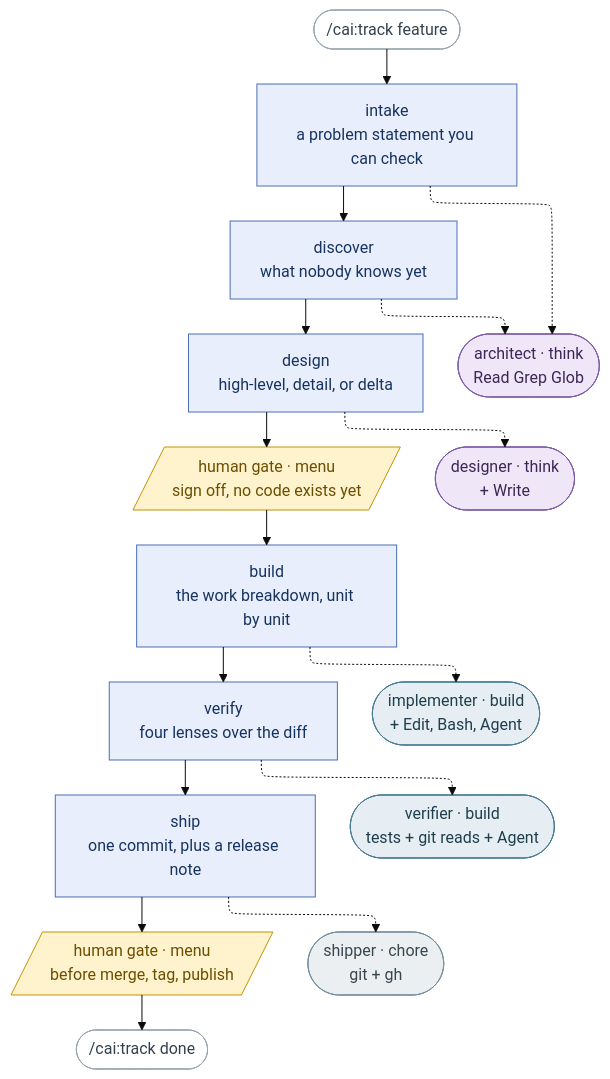
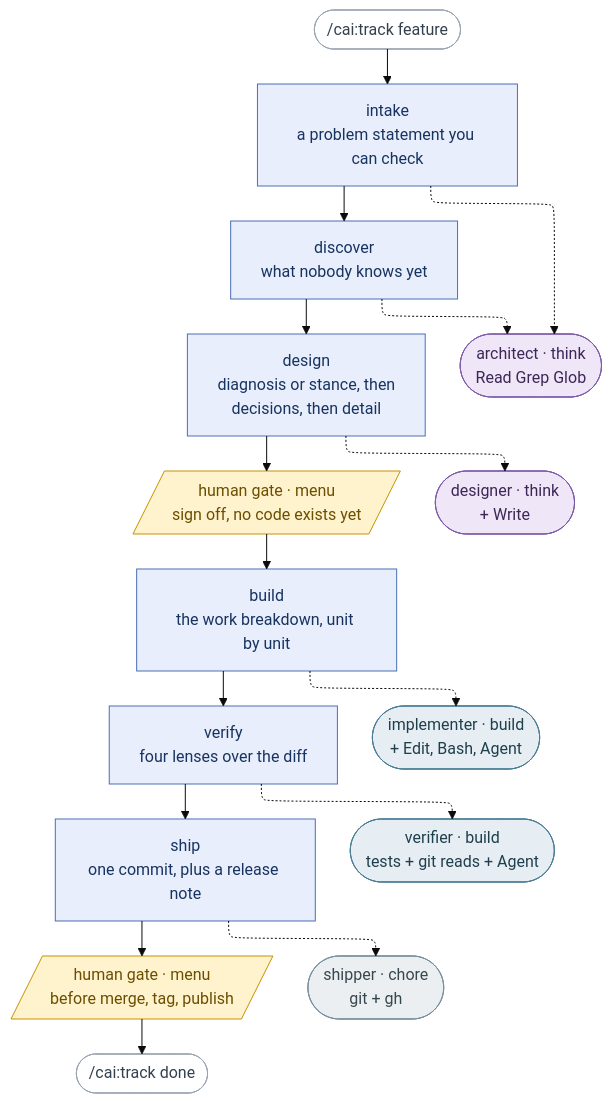
Before and after one commit to millerlai/claude-all-in-one: the diagram in README.md, drawn with Mermaid (base theme). The commit also changed other lines of this file and 17 other files, not shown here.

````diff
--- a/README.md
+++ b/README.md
@@ -60,45 +61,45 @@
 ```mermaid
 ---
 config:
   flowchart:
     defaultRenderer: "elk"
 ---
 flowchart TB
     START(["/cai:track feature"]) --> S1
 
     S1["intake<br/>a problem statement you can check"] --> S2
     S2["discover<br/>what nobody knows yet"] --> S3
-    S3["design<br/>high-level, detail, or delta"] --> HG1
+    S3["design<br/>diagnosis or stance, then<br/>decisions, then detail"] --> HG1
     HG1[/"human gate · menu<br/>sign off, no code exists yet"/] --> S4
     S4["build<br/>the work breakdown, unit by unit"] --> S5
     S5["verify<br/>four lenses over the diff"] --> S6
     S6["ship<br/>one commit, plus a release note"] --> HG2
     HG2[/"human gate · menu<br/>before merge, tag, publish"/] --> DONE(["/cai:track done"])
 
     S1 -.-> AR
     S2 -.-> AR
     S3 -.-> DE
     S4 -.-> IM
     S5 -.-> VE
     S6 -.-> SH
 
     AR(["architect · think<br/>Read Grep Glob"])
     DE(["designer · think<br/>+ Write"])
     IM(["implementer · build<br/>+ Edit, Bash, Agent"])
     VE(["verifier · build<br/>tests + git reads + Agent"])
     SH(["shipper · chore<br/>git + gh"])
 
     classDef stage fill:#e8eefc,stroke:#4a6fb5,color:#17335f
     classDef human fill:#fff3cd,stroke:#c79100,color:#6b4e00
     classDef think fill:#efe6f7,stroke:#7d5ba6,color:#3d2757
     classDef build fill:#e6eef3,stroke:#4a7c94,color:#1f3f4d
     classDef chore fill:#eceff1,stroke:#78909c,color:#37474f
     classDef ends fill:#ffffff,stroke:#9aa5b1,color:#33404d
 
     class S1,S2,S3,S4,S5,S6 stage
     class HG1,HG2 human
     class AR,DE think
     class IM,VE build
     class SH chore
     class START,DONE ends
 ```
````
